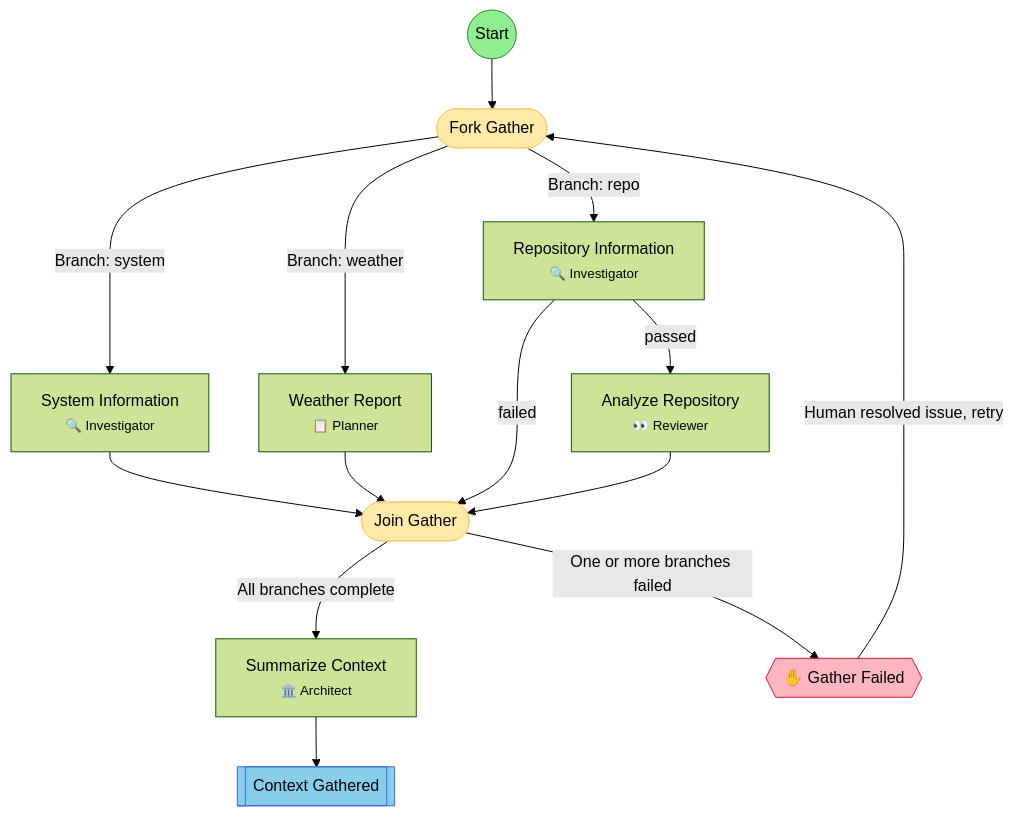
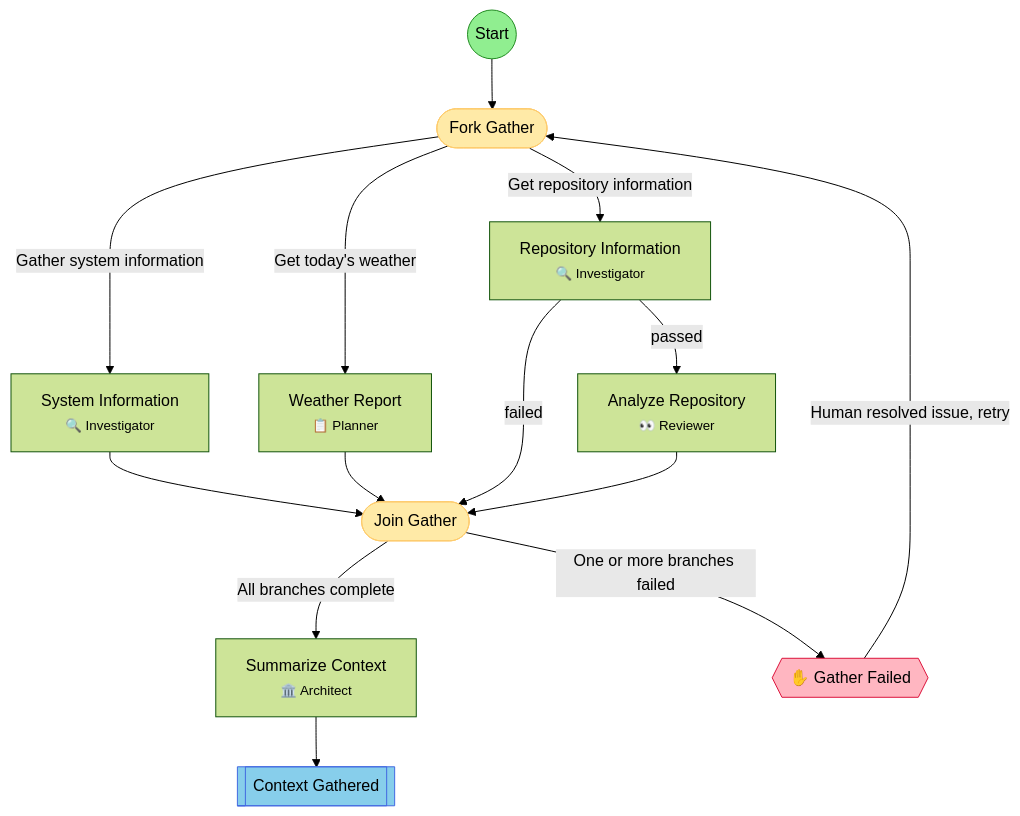
Before and after one commit to leclabs/agent-toolkit: the diagram in .flow/diagrams/context-gather.md, drawn with Mermaid (forest theme). The commit also changed other lines of this file and 48 other files, not shown here.

````diff
--- a/.flow/diagrams/context-gather.md
+++ b/.flow/diagrams/context-gather.md
@@ -7,38 +7,38 @@
 ```mermaid
 flowchart TD
     start(("Start"))
     fork_gather(["Fork Gather"])
     system_info["System Information<br/><small>🔍 Investigator</small>"]
     weather_info["Weather Report<br/><small>📋 Planner</small>"]
     repo_info["Repository Information<br/><small>🔍 Investigator</small>"]
     repo_analyze["Analyze Repository<br/><small>👀 Reviewer</small>"]
     join_gather(["Join Gather"])
     summarize["Summarize Context<br/><small>🏛️ Architect</small>"]
     end_success[["Context Gathered"]]
     hitl_failed{{"✋ Gather Failed"}}
 
     start --> fork_gather
-    fork_gather -->|Branch: system| system_info
-    fork_gather -->|Branch: weather| weather_info
-    fork_gather -->|Branch: repo| repo_info
+    fork_gather -->|Gather system information| system_info
+    fork_gather -->|Get today's weather| weather_info
+    fork_gather -->|Get repository information| repo_info
     system_info --> join_gather
     weather_info --> join_gather
     repo_info -->|passed| repo_analyze
     repo_info -->|failed| join_gather
     repo_analyze --> join_gather
     join_gather -->|All branches complete| summarize
     join_gather -->|One or more branches failed| hitl_failed
     summarize --> end_success
     hitl_failed -->|Human resolved issue, retry| fork_gather
 
     classDef startStep fill:#90EE90,stroke:#228B22
     classDef successStep fill:#87CEEB,stroke:#4169E1
     classDef hitlStep fill:#FFB6C1,stroke:#DC143C
     classDef gateStep fill:#E6E6FA,stroke:#9370DB
     classDef forkJoinStep fill:#FFEAA7,stroke:#FDCB6E
     classDef currentStep fill:#FFD700,stroke:#FF8C00,stroke-width:3px
     class start startStep
     class end_success successStep
     class hitl_failed hitlStep
     class fork_gather,join_gather forkJoinStep
 ```
````
